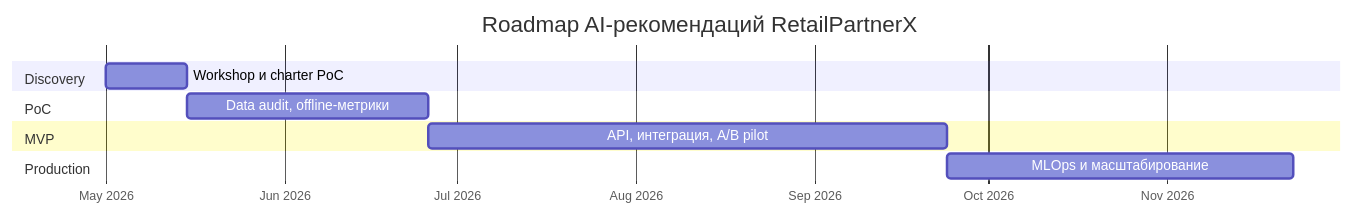
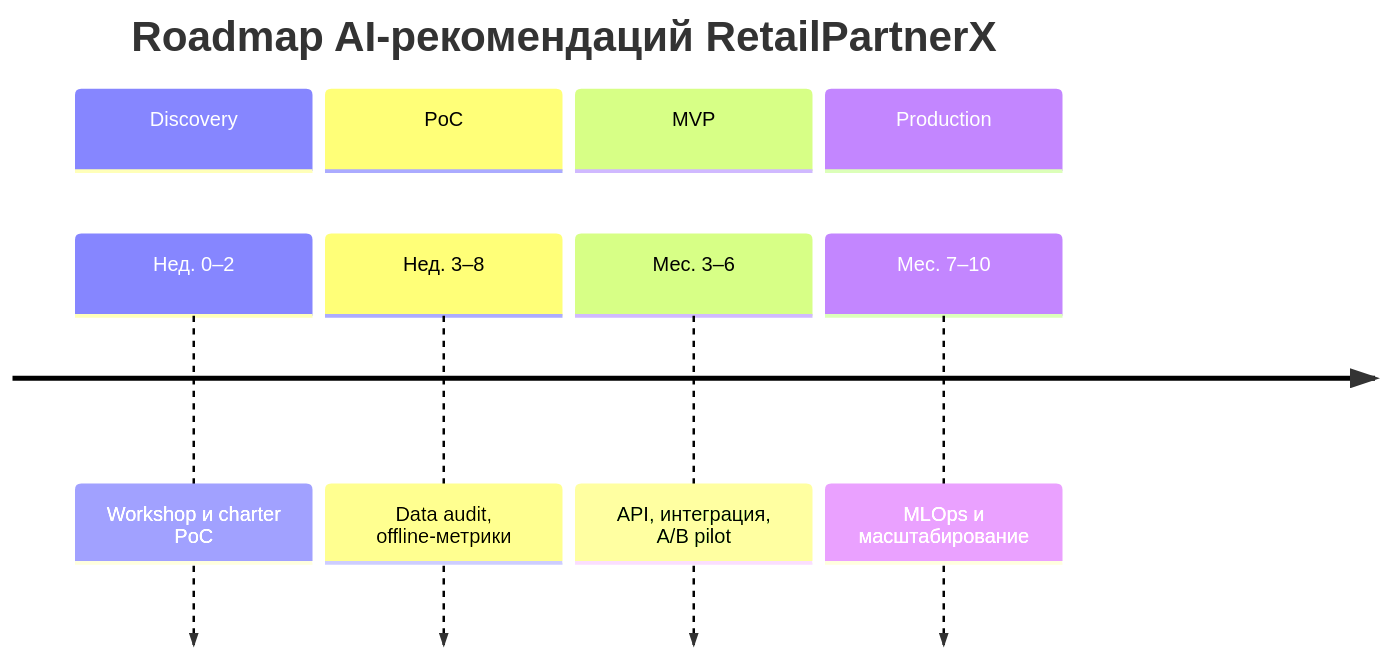
The second of 2 diagrams in hw-1/RetailPartnerX_AI_Strategy.md (YuesIt17/yuit-docs-ai-architect), drawn with Mermaid before and after one commit. The commit also changed other lines of this file and 3 other files, not shown here.

Commit message:
fix: diagramm for roadmap

````diff
--- a/hw-1/RetailPartnerX_AI_Strategy.md
+++ b/hw-1/RetailPartnerX_AI_Strategy.md
@@ -216,14 +220,12 @@
 ```mermaid
-gantt
+timeline
     title Roadmap AI-рекомендаций RetailPartnerX
-    dateFormat YYYY-MM-DD
-    axisFormat %b %Y
     section Discovery
-    Workshop и charter PoC     :d1, 2026-05-01, 14d
+        Нед. 0–2 : Workshop и charter PoC
     section PoC
-    Data audit, offline-метрики :poc, after d1, 42d
+        Нед. 3–8 : Data audit, offline-метрики
     section MVP
-    API, интеграция, A/B pilot  :mvp, after poc, 90d
+        Мес. 3–6 : API, интеграция, A/B pilot
     section Production
-    MLOps и масштабирование     :prod, after mvp, 60d
+        Мес. 7–10 : MLOps и масштабирование
 ```
````
